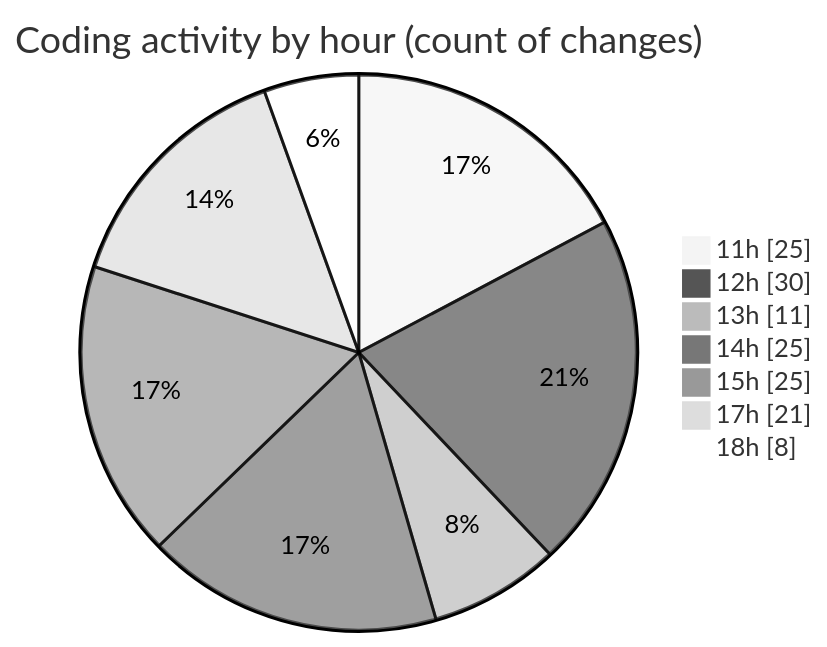
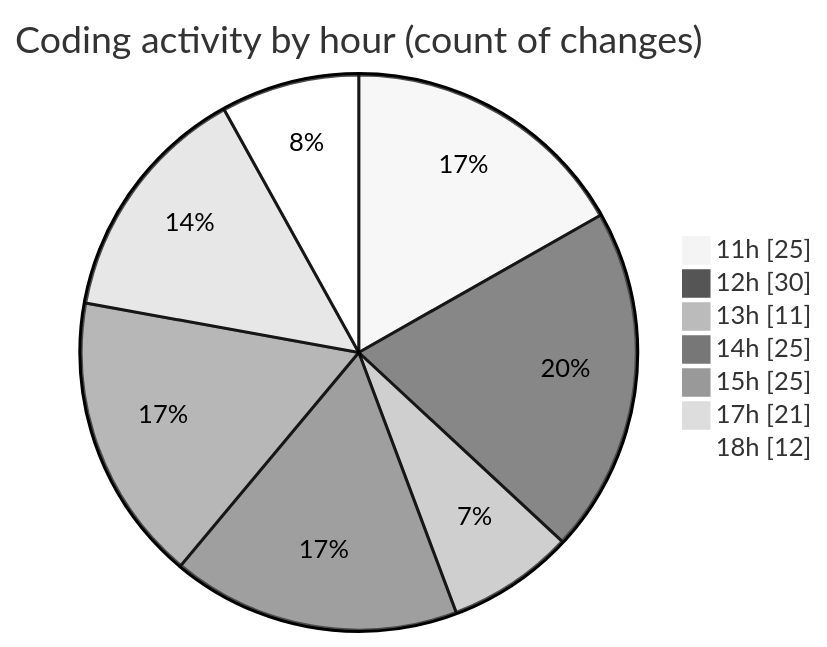
One commit to nxtqubesakshisongat/code-tracking changed the second of 2 diagrams in 2025-08-13/nxtqube_webapp/README.md. Above: the diagram before and after it, drawn with Mermaid (neutral theme). The commit also changed other lines of this file and 1 other file, not shown here.

````diff
--- a/2025-08-13/nxtqube_webapp/README.md
+++ b/2025-08-13/nxtqube_webapp/README.md
@@ -35,11 +35,11 @@
 ```mermaid
 pie showData
 title Coding activity by hour (count of changes)
 "11h" : 25
 "12h" : 30
 "13h" : 11
 "14h" : 25
 "15h" : 25
 "17h" : 21
-"18h" : 8
+"18h" : 12
 ```
````
